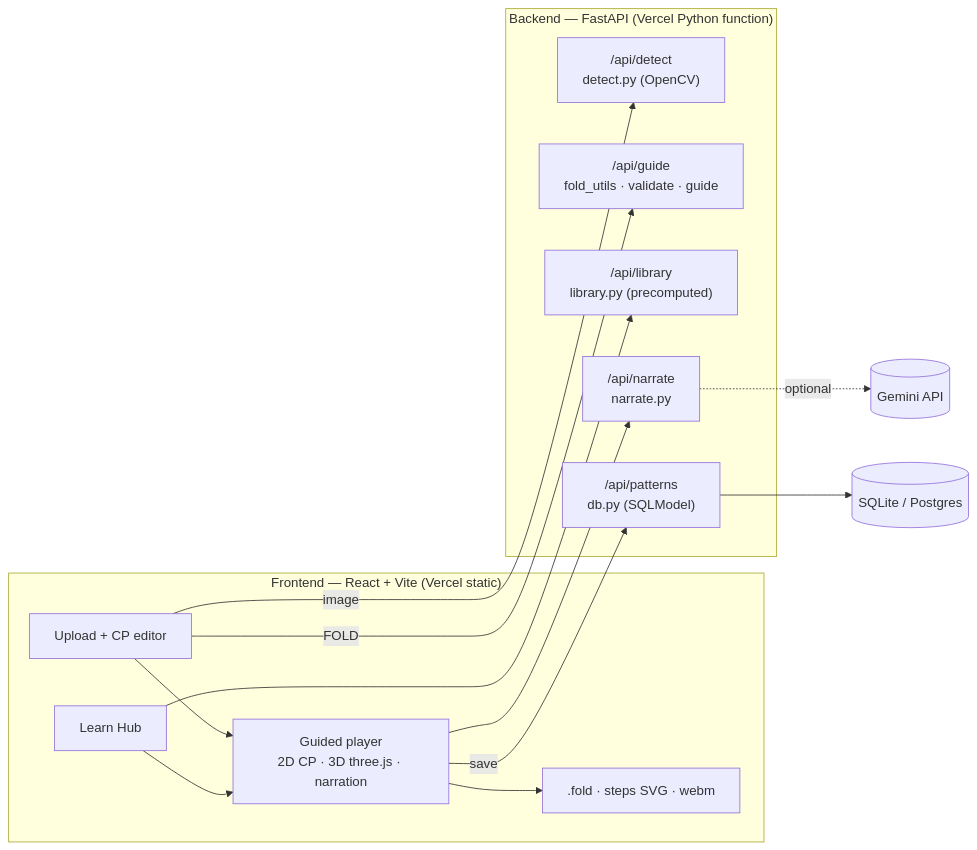
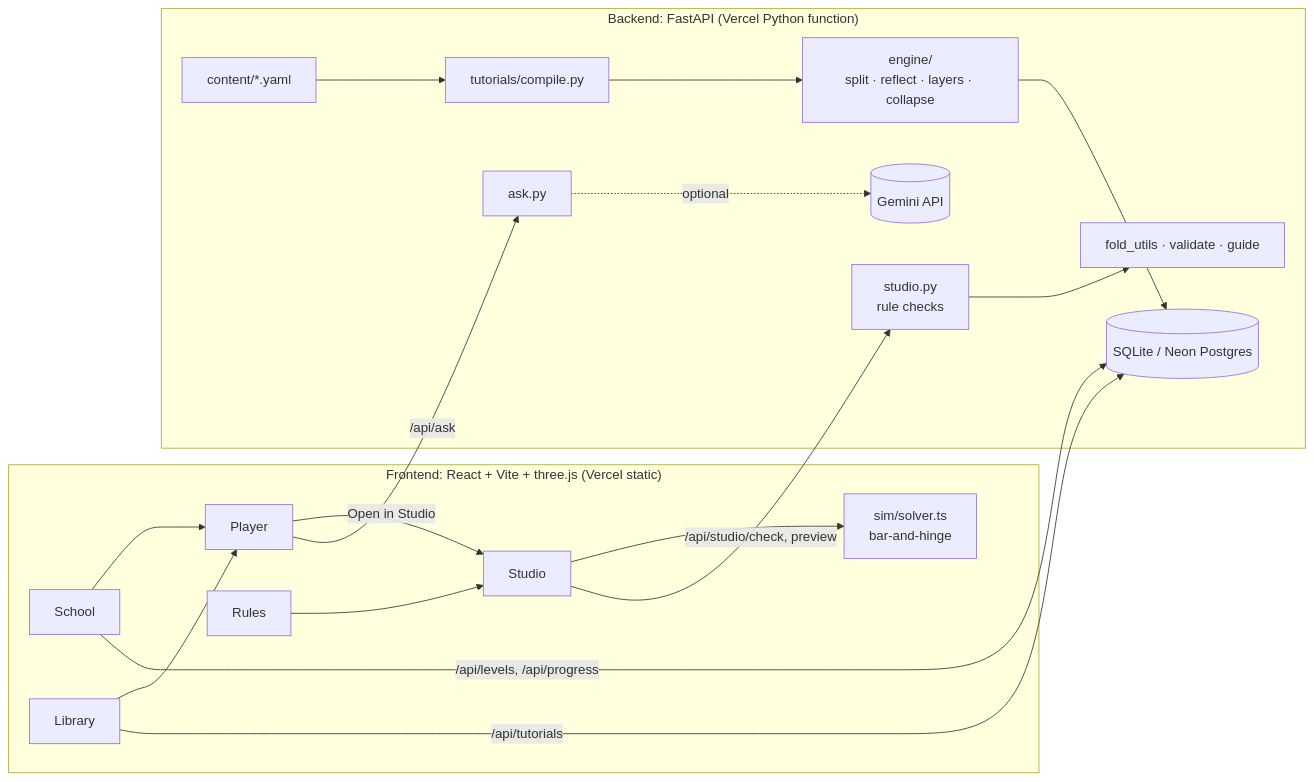
One commit to Srivalli-DT/Final-Project-Origami changed the diagram in README.md. Above: the diagram before and after it, drawn with Mermaid. The commit also changed other lines of this file and 1 other file, not shown here.

````diff
--- a/README.md
+++ b/README.md
@@ -40,22 +50,21 @@
 ```mermaid
 flowchart LR
-  subgraph Browser["Frontend — React + Vite (Vercel static)"]
-    Hub[Learn Hub] --> Player
-    Upload[Upload + CP editor] --> Player[Guided player<br/>2D CP · 3D three.js · narration]
-    Player --> Export[.fold · steps SVG · webm]
+  subgraph Browser["Frontend: React + Vite + three.js (Vercel static)"]
+    School --> Player
+    Library --> Player
+    Rules --> Studio
+    Player -->|Open in Studio| Studio
+    Studio --> Solver["sim/solver.ts<br/>bar-and-hinge"]
   end
-  subgraph API["Backend — FastAPI (Vercel Python function)"]
-    Detect["/api/detect<br/>detect.py (OpenCV)"]
-    Guide["/api/guide<br/>fold_utils · validate · guide"]
-    Lib["/api/library<br/>library.py (precomputed)"]
-    Narr["/api/narrate<br/>narrate.py"]
-    Pat["/api/patterns<br/>db.py (SQLModel)"]
+  subgraph API["Backend: FastAPI (Vercel Python function)"]
+    Content["content/*.yaml"] --> Compiler["tutorials/compile.py"]
+    Compiler --> Engine["engine/<br/>split · reflect · layers · collapse"]
+    Engine --> DB[(SQLite / Neon Postgres)]
+    Checks["studio.py<br/>rule checks"] --> FoldUtils["fold_utils · validate · guide"]
+    Ask["ask.py"] -.optional.-> Gemini[(Gemini API)]
   end
-  Upload -- image --> Detect
-  Upload -- FOLD --> Guide
-  Hub --> Lib
-  Player --> Narr
-  Narr -. optional .-> Gemini[(Gemini API)]
-  Pat --> DB[(SQLite / Postgres)]
-  Player -- save --> Pat
+  Library -->|/api/tutorials| DB
+  School -->|/api/levels, /api/progress| DB
+  Studio -->|/api/studio/check, preview| Checks
+  Player -->|/api/ask| Ask
 ```
````
